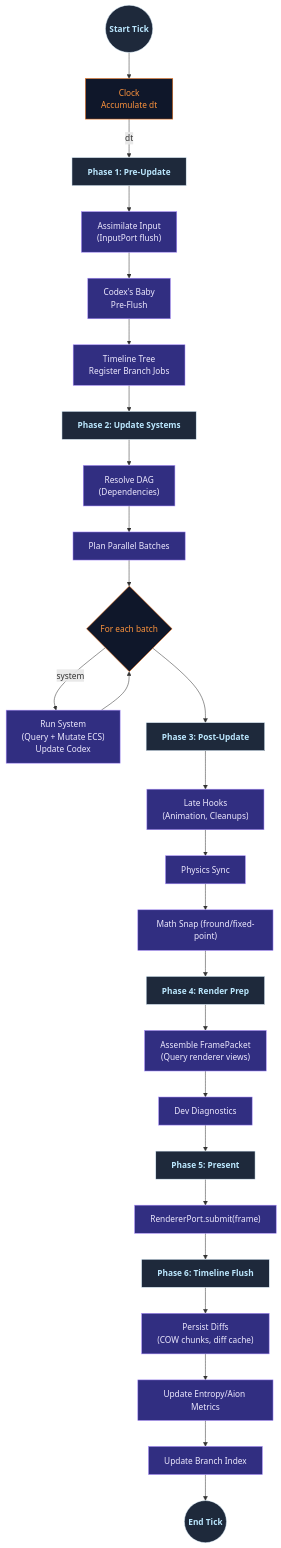
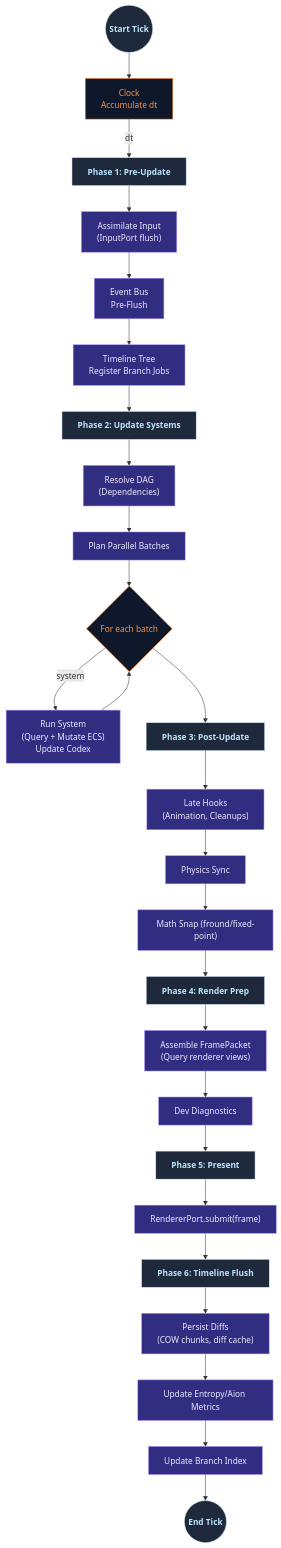
One commit to flyingrobots/echo changed the second of 4 diagrams in docs/diagrams.md. Above: the diagram before and after it, drawn with Mermaid. The commit also changed other lines of this file and 51 other files, not shown here.

````diff
--- a/docs/diagrams.md
+++ b/docs/diagrams.md
@@ -95,40 +95,40 @@
 ```mermaid
 flowchart TD
   classDef stage fill:#1e293b,stroke:#e0f2fe,color:#bae6fd,font-weight:600;
   classDef phase fill:#0f172a,stroke:#f97316,color:#fb923c,font-weight:500;
   classDef op fill:#312e81,stroke:#a78bfa,color:#ede9fe;
   classDef sub fill:#111827,stroke:#6366f1,color:#c7d2fe,font-style:italic;
 
   Start((Start Tick)):::stage --> Clock["Clock\nAccumulate dt"]:::phase
   Clock -->|dt| SchedulerPre["Phase 1: Pre-Update"]:::stage
 
   SchedulerPre --> InputAssim["Assimilate Input\n(InputPort flush)"]:::op
-  InputAssim --> CodexPre["Codex's Baby\nPre-Flush"]:::op
+  InputAssim --> CodexPre["Event Bus\nPre-Flush"]:::op
   CodexPre --> TimelineIntake["Timeline Tree\nRegister Branch Jobs"]:::op
 
   TimelineIntake --> UpdatePhase["Phase 2: Update Systems"]:::stage
   UpdatePhase --> DAG["Resolve DAG\n(Dependencies)"]:::op
   DAG --> ParallelBatch["Plan Parallel Batches"]:::op
   ParallelBatch --> SystemsLoop{"For each batch"}:::phase
   SystemsLoop -->|system| SystemExec["Run System\n(Query + Mutate ECS)\nUpdate Codex"]:::op
   SystemExec --> SystemsLoop
 
   SystemsLoop --> PostUpdate["Phase 3: Post-Update"]:::stage
   PostUpdate --> Hooks["Late Hooks\n(Animation, Cleanups)"]:::op
   Hooks --> PhysicsSync["Physics Sync"]:::op
   PhysicsSync --> MathResolve["Math Snap (fround/fixed-point)"]:::op
 
   MathResolve --> RenderPrep["Phase 4: Render Prep"]:::stage
   RenderPrep --> FramePacket["Assemble FramePacket\n(Query renderer views)"]:::op
   FramePacket --> DiagnosticsStage["Dev Diagnostics"]:::op
 
   DiagnosticsStage --> Present["Phase 5: Present"]:::stage
   Present --> RendererCall["RendererPort.submit(frame)"]:::op
 
   RendererCall --> TimelineFlush["Phase 6: Timeline Flush"]:::stage
   TimelineFlush --> DiffPersist["Persist Diffs\n(COW chunks, diff cache)"]:::op
   DiffPersist --> EntropyUpdate["Update Entropy/Aion Metrics"]:::op
   EntropyUpdate --> BranchBook["Update Branch Index"]:::op
 
   BranchBook --> End((End Tick)):::stage
 ```
````
